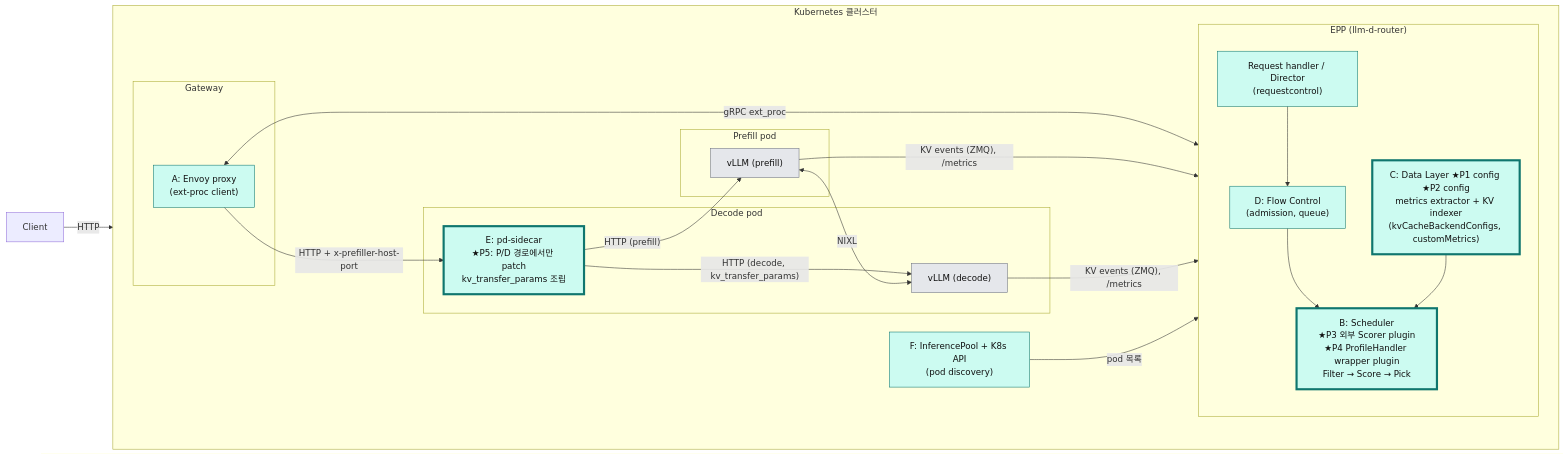
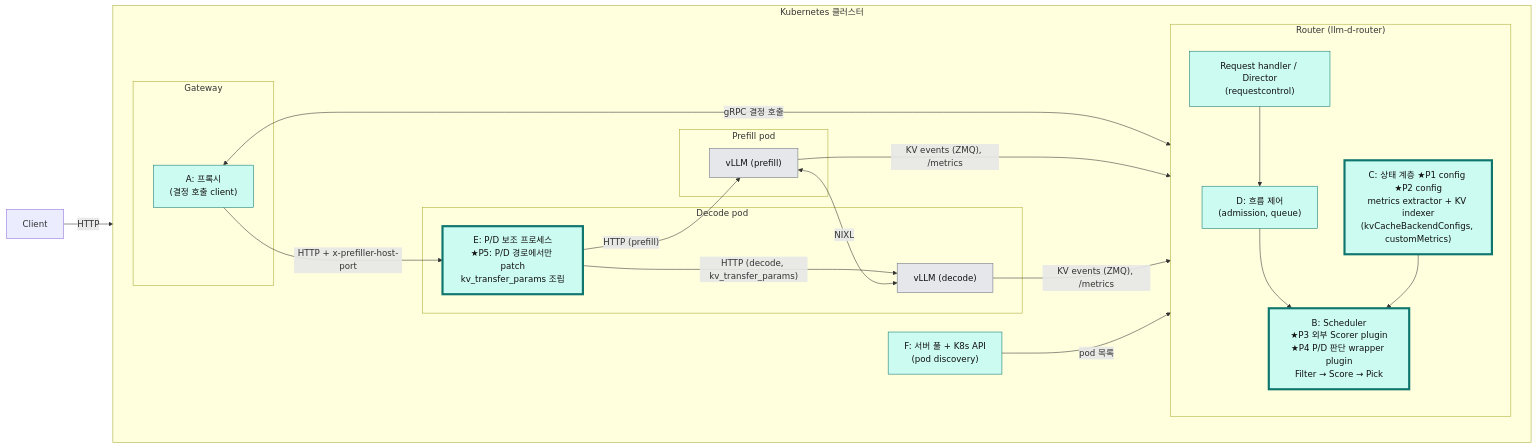
Before and after one commit to mkim0628/vllm: the second of 5 diagrams in doc-mk/DP0/dp0-request-orchestration-framework.md, drawn with Mermaid. The commit also changed other lines of this file and 2 other files, not shown here.

First line of the commit message:
DP0: use general terms (proxy, Router, P/D auxiliary process) instead of Envoy/EPP/sidecar; add glossary and why proxy and Router are separate

````diff
--- a/doc-mk/DP0/dp0-request-orchestration-framework.md
+++ b/doc-mk/DP0/dp0-request-orchestration-framework.md
@@ -288,49 +302,49 @@
 ```mermaid
 flowchart LR
     CL["Client"]
 
     subgraph K8S["Kubernetes 클러스터"]
         direction LR
         subgraph GWB["Gateway"]
-            A1["A: Envoy proxy<br/>(ext-proc client)"]
+            A1["A: 프록시<br/>(결정 호출 client)"]
         end
 
-        subgraph EPPB["EPP (llm-d-router)"]
+        subgraph RouterB["Router (llm-d-router)"]
             direction TB
             RH["Request handler / Director<br/>(requestcontrol)"]
-            D1["D: Flow Control<br/>(admission, queue)"]
-            B1["B: Scheduler<br/>★P3 외부 Scorer plugin<br/>★P4 ProfileHandler wrapper plugin<br/>Filter → Score → Pick"]
-            C1["C: Data Layer ★P1 config ★P2 config<br/>metrics extractor + KV indexer<br/>(kvCacheBackendConfigs, customMetrics)"]
+            D1["D: 흐름 제어<br/>(admission, queue)"]
+            B1["B: Scheduler<br/>★P3 외부 Scorer plugin<br/>★P4 P/D 판단 wrapper plugin<br/>Filter → Score → Pick"]
+            C1["C: 상태 계층 ★P1 config ★P2 config<br/>metrics extractor + KV indexer<br/>(kvCacheBackendConfigs, customMetrics)"]
             RH --> D1 --> B1
             C1 --> B1
         end
 
-        F1["F: InferencePool + K8s API<br/>(pod discovery)"]
+        F1["F: 서버 풀 + K8s API<br/>(pod discovery)"]
 
         subgraph DPOD["Decode pod"]
-            E1["E: pd-sidecar<br/>★P5: P/D 경로에서만 patch<br/>kv_transfer_params 조립"]
+            E1["E: P/D 보조 프로세스<br/>★P5: P/D 경로에서만 patch<br/>kv_transfer_params 조립"]
             VD["vLLM (decode)"]
         end
 
         subgraph PPOD["Prefill pod"]
             VP["vLLM (prefill)"]
         end
     end
 
     CL -->|"HTTP"| A1
-    A1 <-->|"gRPC ext_proc"| RH
+    A1 <-->|"gRPC 결정 호출"| RH
     A1 -->|"HTTP + x-prefiller-host-port"| E1
     E1 -->|"HTTP (prefill)"| VP
     E1 -->|"HTTP (decode, kv_transfer_params)"| VD
     VP <-->|"NIXL"| VD
     VP -->|"KV events (ZMQ), /metrics"| C1
     VD -->|"KV events (ZMQ), /metrics"| C1
     F1 -->|"pod 목록"| C1
 
     classDef oss fill:#ccfbf1,stroke:#0f766e,color:#111;
     classDef ours fill:#ccfbf1,stroke:#0f766e,stroke-width:4px,color:#111;
     classDef fixed fill:#e5e7eb,stroke:#6b7280,color:#111;
     class A1,RH,D1,F1 oss;
     class B1,C1,E1 ours;
     class VD,VP fixed;
 ```
````
